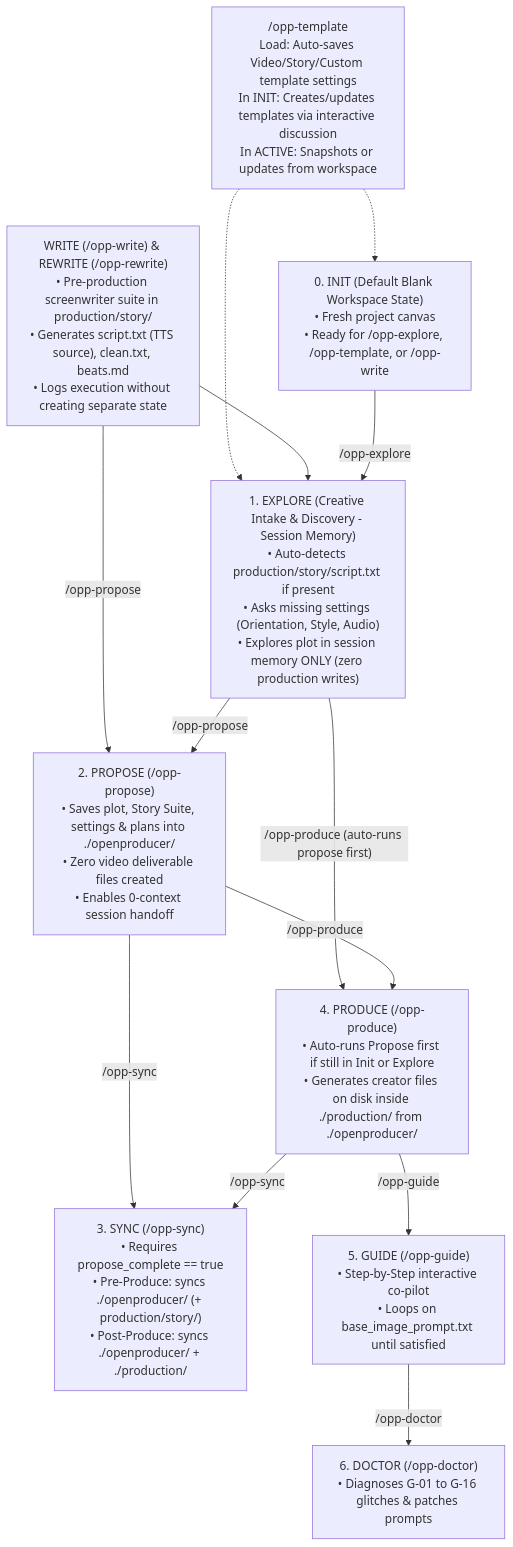
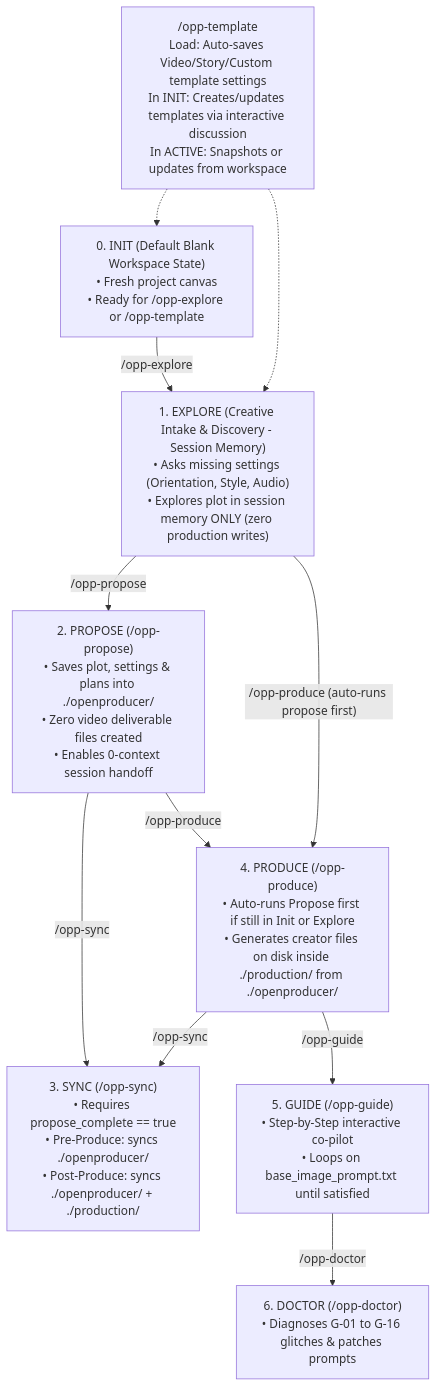
The diagram in src/templates/production_template/AGENTS.md (TheProjectsX/openproducer), drawn with Mermaid before and after one commit. The commit also changed other lines of this file and 41 other files, not shown here.

Commit message:
Archived write and rewrite based changes

````diff
--- a/src/templates/production_template/AGENTS.md
+++ b/src/templates/production_template/AGENTS.md
@@ -148,23 +135,21 @@
 ```mermaid
 flowchart TD
-    I["0. INIT (Default Blank Workspace State)<br/>• Fresh project canvas<br/>• Ready for /opp-explore, /opp-template, or /opp-write"]
+    I["0. INIT (Default Blank Workspace State)<br/>• Fresh project canvas<br/>• Ready for /opp-explore or /opp-template"]
     T["/opp-template<br/>Load: Auto-saves Video/Story/Custom template settings<br/>In INIT: Creates/updates templates via interactive discussion<br/>In ACTIVE: Snapshots or updates from workspace"] -.-> I
     T -.-> E
-    W["WRITE (/opp-write) & REWRITE (/opp-rewrite)<br/>• Pre-production screenwriter suite in production/story/<br/>• Generates script.txt (TTS source), clean.txt, beats.md<br/>• Logs execution without creating separate state"] --> E
-    W -->|"/opp-propose"| P
     I -->|"/opp-explore"| E
-    E["1. EXPLORE (Creative Intake & Discovery - Session Memory)<br/>• Auto-detects production/story/script.txt if present<br/>• Asks missing settings (Orientation, Style, Audio)<br/>• Explores plot in session memory ONLY (zero production writes)"]
-    P["2. PROPOSE (/opp-propose)<br/>• Saves plot, Story Suite, settings & plans into ./openproducer/<br/>• Zero video deliverable files created<br/>• Enables 0-context session handoff"]
-    S["3. SYNC (/opp-sync)<br/>• Requires propose_complete == true<br/>• Pre-Produce: syncs ./openproducer/ (+ production/story/)<br/>• Post-Produce: syncs ./openproducer/ + ./production/"]
+    E["1. EXPLORE (Creative Intake & Discovery - Session Memory)<br/>• Asks missing settings (Orientation, Style, Audio)<br/>• Explores plot in session memory ONLY (zero production writes)"]
+    P["2. PROPOSE (/opp-propose)<br/>• Saves plot, settings & plans into ./openproducer/<br/>• Zero video deliverable files created<br/>• Enables 0-context session handoff"]
+    S["3. SYNC (/opp-sync)<br/>• Requires propose_complete == true<br/>• Pre-Produce: syncs ./openproducer/<br/>• Post-Produce: syncs ./openproducer/ + ./production/"]
     PR["4. PRODUCE (/opp-produce)<br/>• Auto-runs Propose first if still in Init or Explore<br/>• Generates creator files on disk inside ./production/ from ./openproducer/"]
     G["5. GUIDE (/opp-guide)<br/>• Step-by-Step interactive co-pilot<br/>• Loops on base_image_prompt.txt until satisfied"]
     D["6. DOCTOR (/opp-doctor)<br/>• Diagnoses G-01 to G-16 glitches & patches prompts"]
 
     E -->|"/opp-propose"| P
     E -->|"/opp-produce (auto-runs propose first)"| PR
     P -->|"/opp-sync"| S
     P -->|"/opp-produce"| PR
     PR -->|"/opp-sync"| S
     PR -->|"/opp-guide"| G
     G -->|"/opp-doctor"| D
 ```
````
